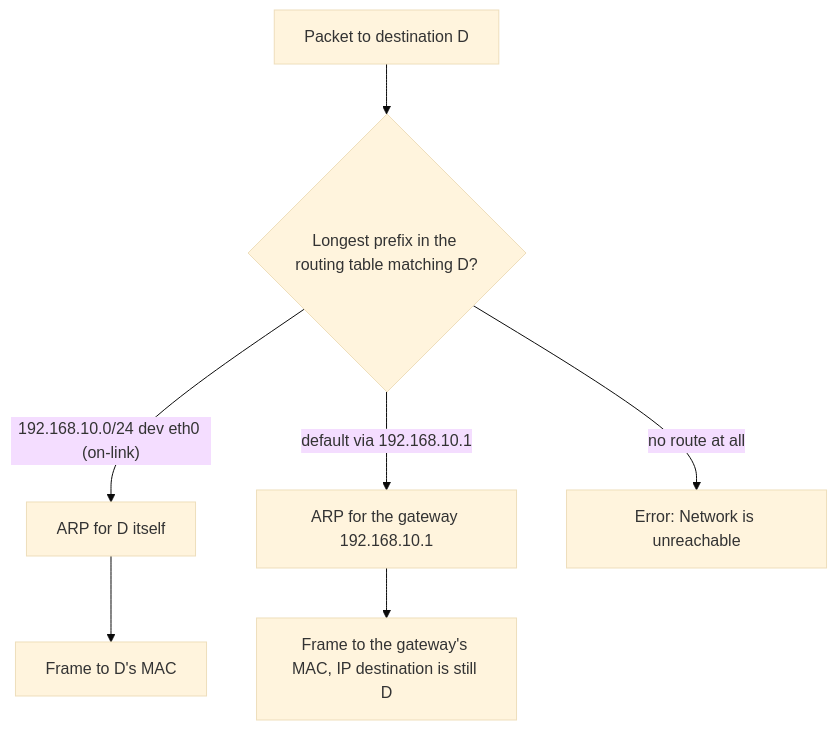
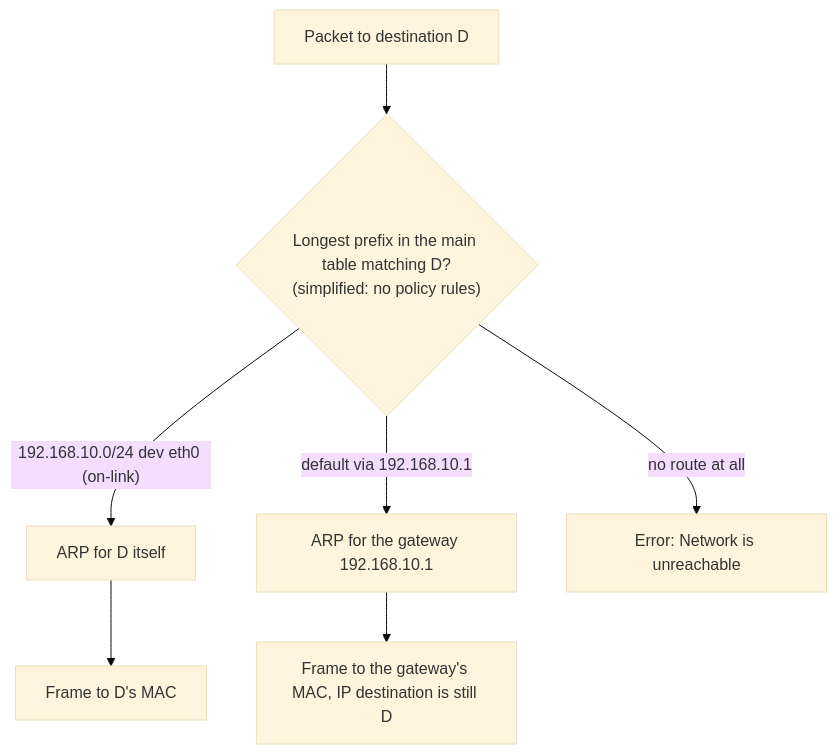
Before and after one commit to yassineflag/engineering-notes-public: the third of 11 diagrams in networking/fundamentals/fundamentals.md, drawn with Mermaid (base theme). The commit also changed other lines of this file, not shown here.

````diff
--- a/networking/fundamentals/fundamentals.md
+++ b/networking/fundamentals/fundamentals.md
@@ -326,9 +377,9 @@
 ```mermaid
 flowchart TD
-    A["Packet to destination D"] --> B{"Longest prefix in the routing table matching D?"}
+    A["Packet to destination D"] --> B{"Longest prefix in the main table matching D?<br/>(simplified: no policy rules)"}
     B -->|"192.168.10.0/24 dev eth0 (on-link)"| C["ARP for D itself"]
     B -->|"default via 192.168.10.1"| E["ARP for the gateway 192.168.10.1"]
     B -->|"no route at all"| F["Error: Network is unreachable"]
     C --> G["Frame to D's MAC"]
     E --> H["Frame to the gateway's MAC, IP destination is still D"]
 ```
````
